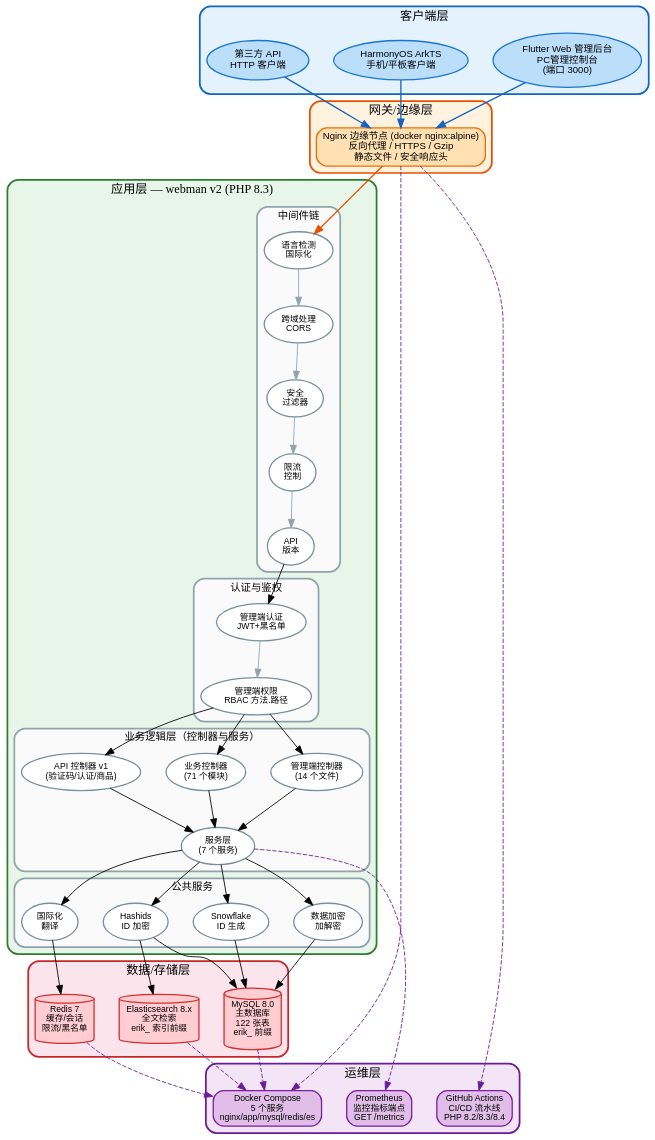
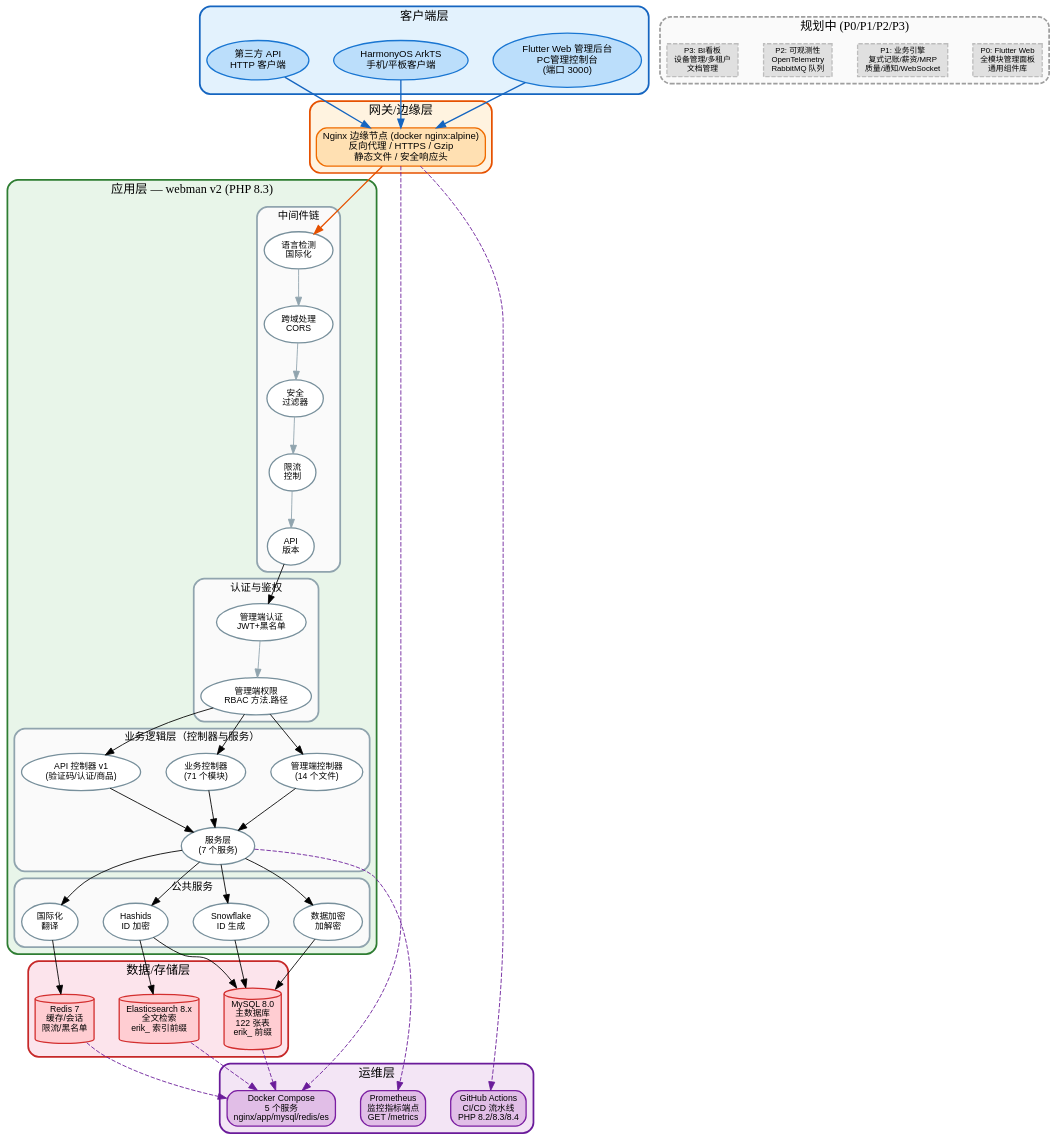
One commit to erikwang2013/erp-php changed the diagram in docs/diagrams/system-architecture-cn.dot. Above: the diagram before and after it, drawn with Graphviz. The commit also changed 146 other files, not shown here.

```diff
--- a/docs/diagrams/system-architecture-cn.dot
+++ b/docs/diagrams/system-architecture-cn.dot
@@ -1,104 +1,115 @@
 digraph SystemArchitectureCN {
     rankdir=TB;
     fontname="Arial";
     fontsize=14;
     bgcolor="transparent";
     nodesep=0.4;
     ranksep=0.6;
     compound=true;
 
     node [fontname="Arial", fontsize=11, style="filled,rounded", penwidth=1.5];
 
     subgraph cluster_client {
         label="客户端层";
         fontsize=14; fontname="Arial Bold";
         style="filled,rounded"; fillcolor="#e3f2fd"; color="#1565c0"; penwidth=2;
         a1 [label="Flutter Web 管理后台\nPC管理控制台\n(端口 3000)", fillcolor="#bbdefb", color="#1976d2"];
         a2 [label="HarmonyOS ArkTS\n手机/平板客户端", fillcolor="#bbdefb", color="#1976d2"];
         a3 [label="第三方 API\nHTTP 客户端", fillcolor="#bbdefb", color="#1976d2"];
     }
 
     subgraph cluster_edge {
         label="网关/边缘层";
         fontsize=14; fontname="Arial Bold";
         style="filled,rounded"; fillcolor="#fff3e0"; color="#e65100"; penwidth=2;
         b1 [label="Nginx 边缘节点 (docker nginx:alpine)\n反向代理 / HTTPS / Gzip\n静态文件 / 安全响应头", fillcolor="#ffe0b2", color="#ef6c00", shape="box"];
     }
 
     subgraph cluster_app {
         label="应用层 — webman v2 (PHP 8.3)";
         fontsize=14; fontname="Arial Bold";
         style="filled,rounded"; fillcolor="#e8f5e9"; color="#2e7d32"; penwidth=2;
 
         subgraph cluster_mw {
             label="中间件链";
             fontsize=12; fontname="Arial Bold";
             style="filled,rounded"; fillcolor="#fafafa"; color="#90a4ae";
             node [fillcolor="#ffffff", color="#78909c", fontsize=10];
             m1 [label="语言检测\n国际化"]; m2 [label="跨域处理\nCORS"]; m3 [label="安全\n过滤器"]; m4 [label="限流\n控制"]; m5 [label="API\n版本"];
             m1 -> m2 -> m3 -> m4 -> m5 [color="#90a4ae"];
         }
 
         subgraph cluster_auth {
             label="认证与鉴权";
             fontsize=12; fontname="Arial Bold";
             style="filled,rounded"; fillcolor="#fafafa"; color="#90a4ae";
             node [fillcolor="#ffffff", color="#78909c", fontsize=10];
             m6 [label="管理端认证\nJWT+黑名单"]; m7 [label="管理端权限\nRBAC 方法.路径"];
             m6 -> m7 [color="#90a4ae"];
         }
 
         subgraph cluster_biz {
             label="业务逻辑层（控制器与服务）";
             fontsize=12; fontname="Arial Bold";
             style="filled,rounded"; fillcolor="#fafafa"; color="#90a4ae";
             node [fillcolor="#ffffff", color="#78909c", fontsize=10];
             c1 [label="管理端控制器\n(14 个文件)"]; c2 [label="业务控制器\n(71 个模块)"]; c3 [label="服务层\n(7 个服务)"]; c4 [label="API 控制器 v1\n(验证码/认证/商品)"];
         }
 
         subgraph cluster_common {
             label="公共服务";
             fontsize=12; fontname="Arial Bold";
             style="filled,rounded"; fillcolor="#fafafa"; color="#90a4ae";
             node [fillcolor="#ffffff", color="#78909c", fontsize=10];
             s1 [label="Hashids\nID 加密"]; s2 [label="Snowflake\nID 生成"]; s3 [label="数据加密\n加解密"]; s4 [label="国际化\n翻译"];
         }
 
         m5 -> m6; m7 -> c1; m7 -> c2; m7 -> c4;
         c1 -> c3; c2 -> c3; c4 -> c3;
         c3 -> s1; c3 -> s2; c3 -> s3; c3 -> s4;
     }
 
     subgraph cluster_data {
         label="数据/存储层";
         fontsize=14; fontname="Arial Bold";
         style="filled,rounded"; fillcolor="#fce4ec"; color="#c62828"; penwidth=2;
         node [shape="cylinder", fillcolor="#ffcdd2", color="#d32f2f", fontsize=10];
         d1 [label="MySQL 8.0\n主数据库\n122 张表\nerik_ 前缀"];
         d2 [label="Redis 7\n缓存/会话\n限流/黑名单"];
         d3 [label="Elasticsearch 8.x\n全文检索\nerik_ 索引前缀"];
     }
 
     subgraph cluster_devops {
         label="运维层";
         fontsize=14; fontname="Arial Bold";
         style="filled,rounded"; fillcolor="#f3e5f5"; color="#6a1b9a"; penwidth=2;
         node [shape="box", fillcolor="#e1bee7", color="#7b1fa2", fontsize=10];
         e1 [label="GitHub Actions\nCI/CD 流水线\nPHP 8.2/8.3/8.4"];
         e2 [label="Docker Compose\n5 个服务\nnginx/app/mysql/redis/es"];
         e3 [label="Prometheus\n监控指标端点\nGET /metrics"];
     }
 
+    subgraph cluster_planned {
+        label="规划中 (P0/P1/P2/P3)";
+        fontsize=14; fontname="Arial Bold";
+        style="filled,rounded,dashed"; fillcolor="#fafafa"; color="#9e9e9e"; penwidth=2;
+        node [shape="box", fillcolor="#e0e0e0", color="#bdbdbd", fontsize=9, style="filled,dashed"];
+        p0 [label="P0: Flutter Web\n全模块管理面板\n通用组件库"];
+        p1a [label="P1: 业务引擎\n复式记账/薪资/MRP\n质量/通知/WebSocket"];
+        p2 [label="P2: 可观测性\nOpenTelemetry\nRabbitMQ 队列"];
+        p3 [label="P3: BI看板\n设备管理/多租户\n文档管理"];
+    }
+
     a1 -> b1 [color="#1565c0", penwidth=1.5];
     a2 -> b1 [color="#1565c0", penwidth=1.5];
     a3 -> b1 [color="#1565c0", penwidth=1.5];
     b1 -> m1 [color="#e65100", penwidth=1.5];
     s1 -> d1; s2 -> d1; s3 -> d1; s1 -> d3;
     s4 -> d2;
     b1 -> e1 [style="dashed", color="#6a1b9a"];
     b1 -> e2 [style="dashed", color="#6a1b9a"];
     c3 -> e3 [style="dashed", color="#6a1b9a"];
     d1 -> e2 [style="dashed", color="#6a1b9a"];
     d2 -> e2 [style="dashed", color="#6a1b9a"];
     d3 -> e2 [style="dashed", color="#6a1b9a"];
 }
```
